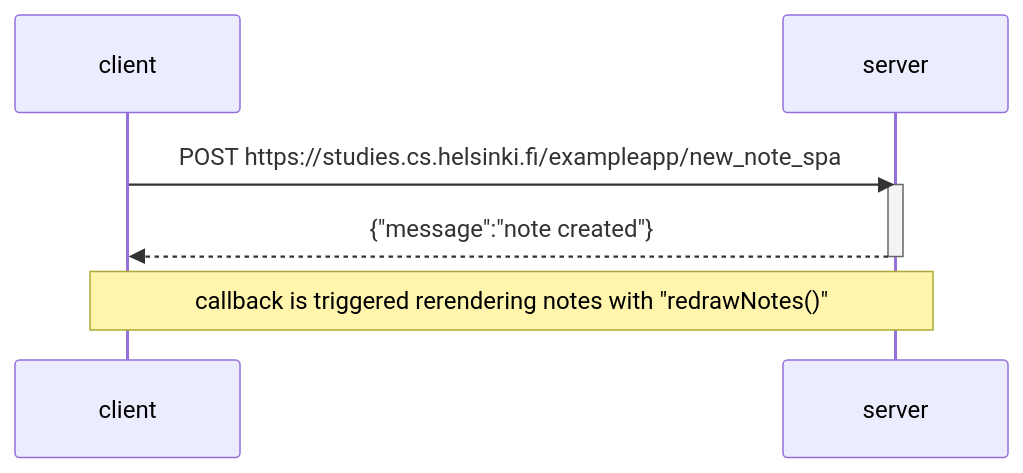
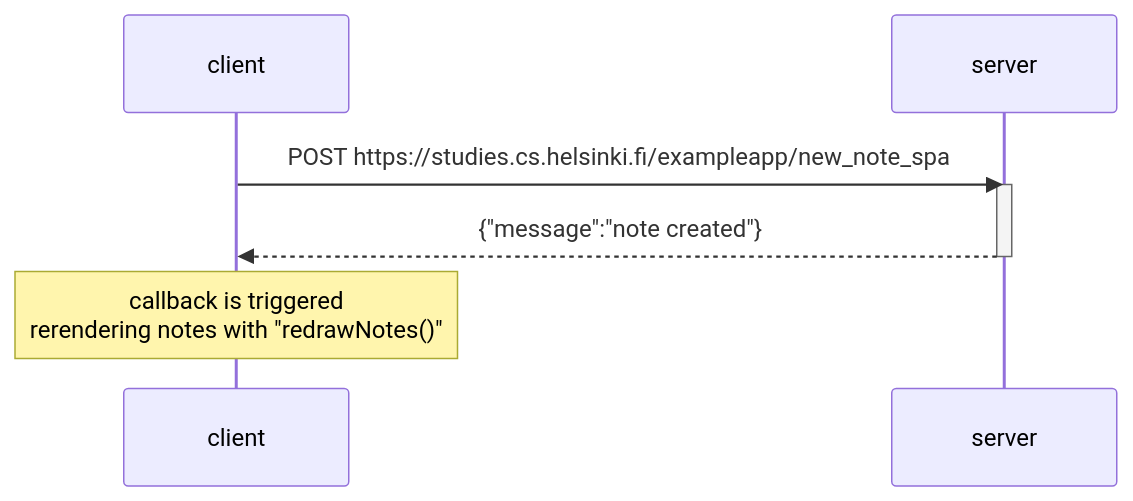
The diagram in PART01/0.6-NewNoteSpaDiagram.md (dejanaksovic/FullStackOpen), drawn with Mermaid before and after one commit.

Commit message:
Updated commet to be above client only

````diff
--- a/PART01/0.6-NewNoteSpaDiagram.md
+++ b/PART01/0.6-NewNoteSpaDiagram.md
@@ -3,10 +3,10 @@
 ```mermaid
 sequenceDiagram
     participant client
     participant server
     client->>server: POST https://studies.cs.helsinki.fi/exampleapp/new_note_spa
     activate server
     server-->>client: {"message":"note created"}
     deactivate server
-    Note over client,server: callback is triggered rerendering notes with "redrawNotes()"   
+    Note over client: callback is triggered<br/>rerendering notes with "redrawNotes()"   
 ```
````
